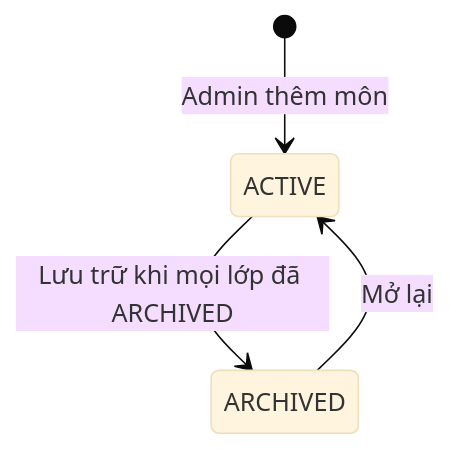
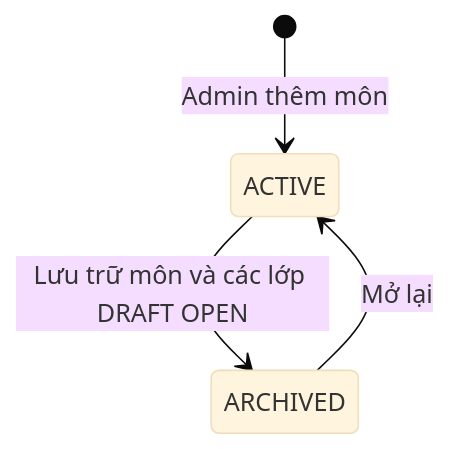
One commit to hygef-v4/AI-Powered-Learning-Platform changed the diagram in aidlc-docs/construction/u04-subject-administration/functional-design/domain-entities.md. Above: the diagram before and after it, drawn with Mermaid (base theme). The commit also changed other lines of this file and 29 other files, not shown here.

````diff
--- a/aidlc-docs/construction/u04-subject-administration/functional-design/domain-entities.md
+++ b/aidlc-docs/construction/u04-subject-administration/functional-design/domain-entities.md
@@ -36,6 +40,6 @@
 ```mermaid
 stateDiagram-v2
     [*] --> ACTIVE: Admin thêm môn
-    ACTIVE --> ARCHIVED: Lưu trữ khi mọi lớp đã ARCHIVED
+    ACTIVE --> ARCHIVED: Lưu trữ môn và các lớp DRAFT OPEN
     ARCHIVED --> ACTIVE: Mở lại
 ```
````
